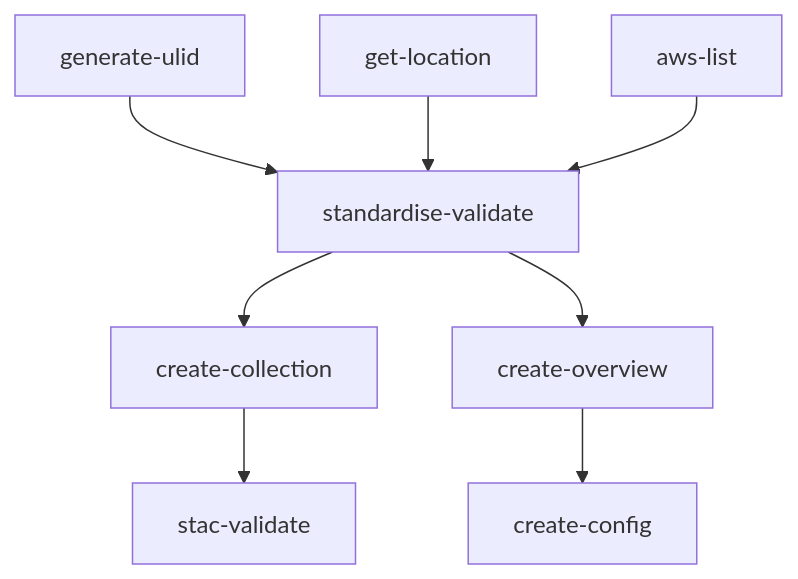
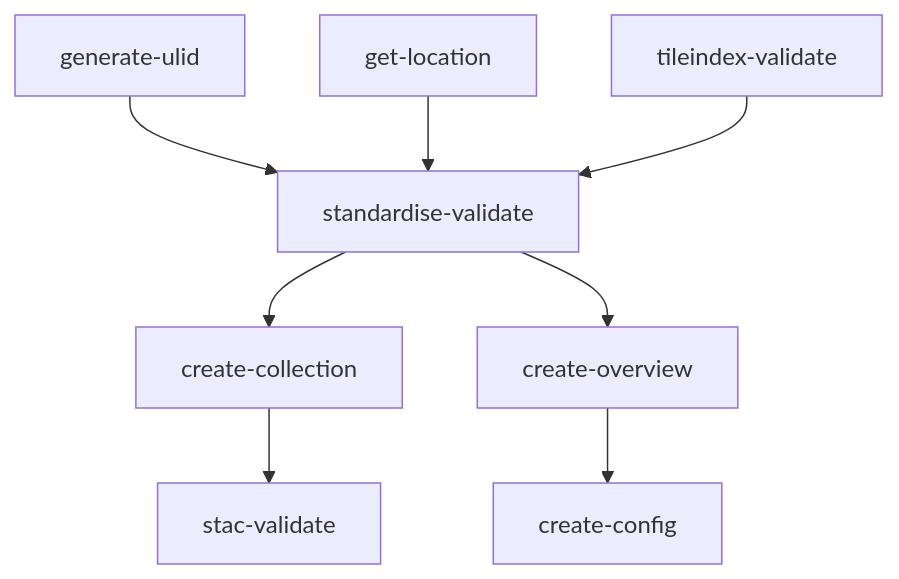
One commit to linz/topo-workflows changed the first of 2 diagrams in workflows/imagery/README.md. Above: the diagram before and after it, drawn with Mermaid. The commit also changed other lines of this file and 2 other files, not shown here.

First line of the commit message:
feat: add validate file names task

````diff
--- a/workflows/imagery/README.md
+++ b/workflows/imagery/README.md
@@ -95,10 +94,10 @@
 ```mermaid
 graph TD;
     generate-ulid-->standardise-validate;
     get-location-->standardise-validate;
-    aws-list-->standardise-validate;
+    tileindex-validate-->standardise-validate;
     standardise-validate-->create-collection;
     standardise-validate-->create-overview;
     create-collection-->stac-validate;
     create-overview-->create-config;
 ```
````
